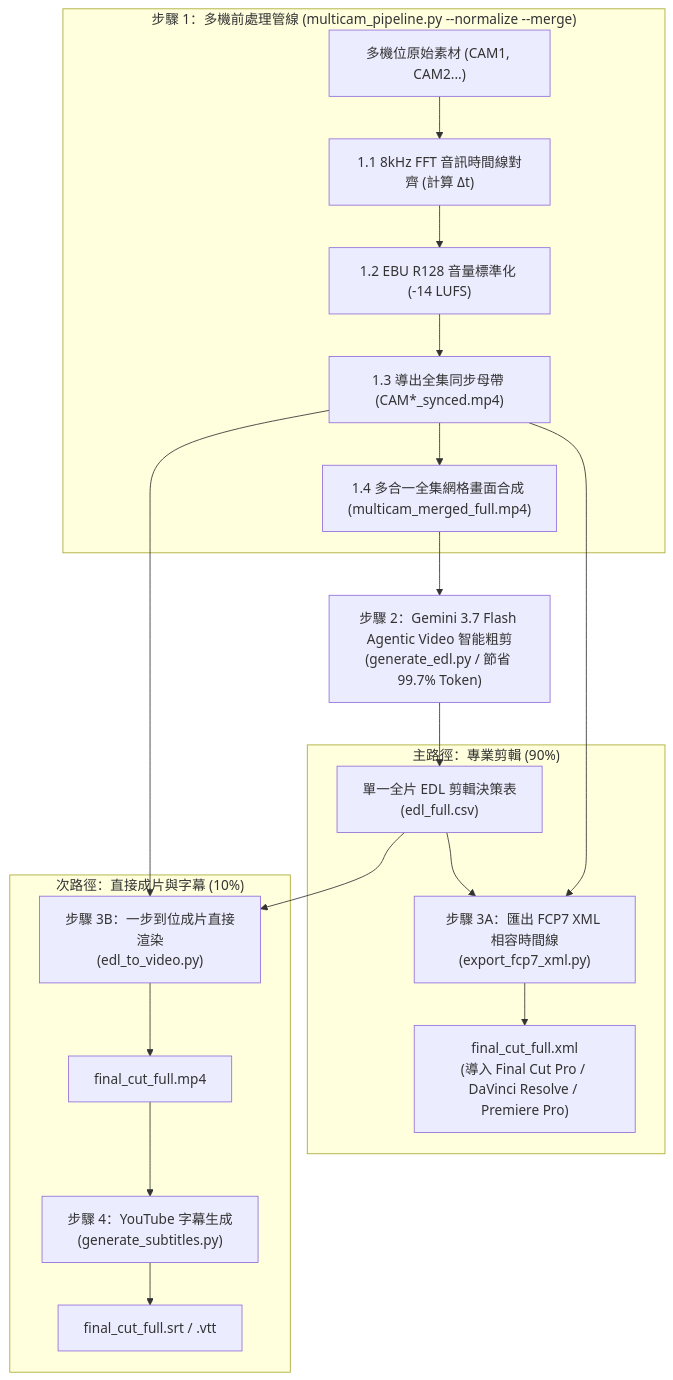
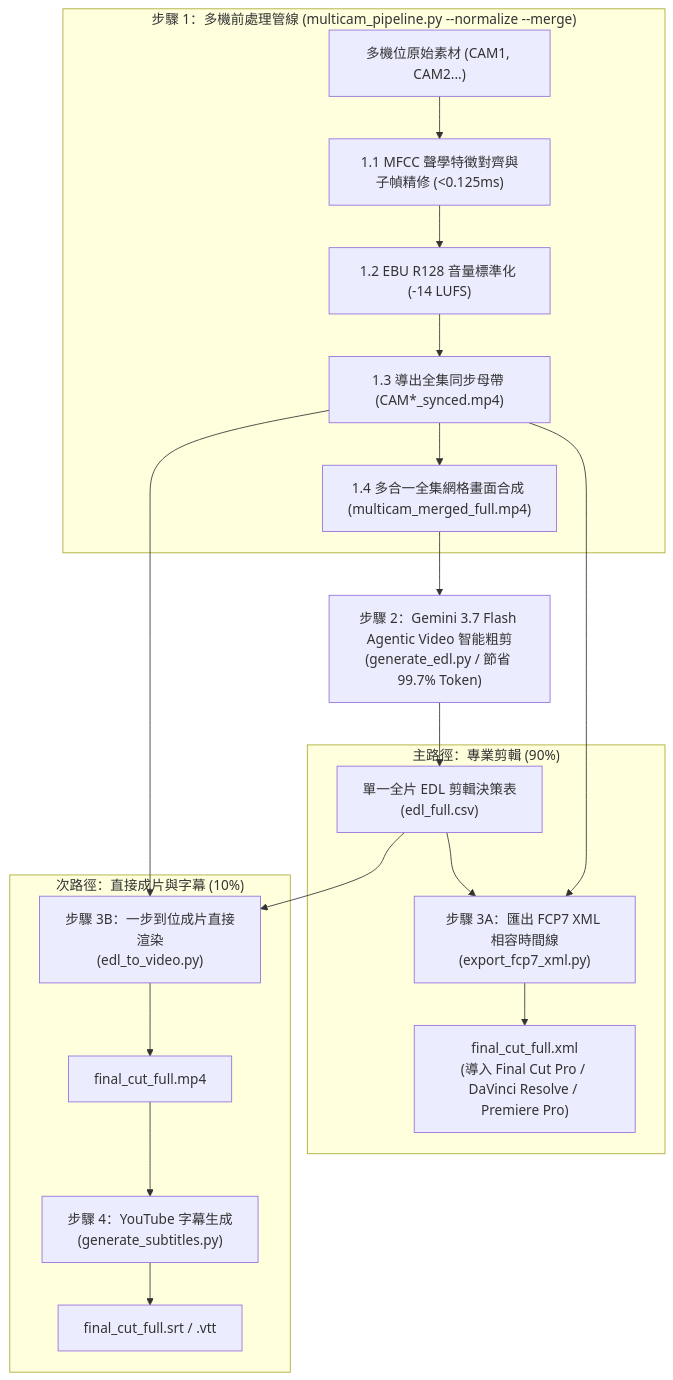
The diagram in README.zh-TW.md (sylphlin/multicam-video-preprocessing), drawn with Mermaid before and after one commit. The commit also changed other lines of this file and 5 other files, not shown here.

````diff
--- a/README.zh-TW.md
+++ b/README.zh-TW.md
@@ -54,26 +54,26 @@
 ```mermaid
 flowchart TD
     subgraph S1["步驟 1：多機前處理管線 (multicam_pipeline.py --normalize --merge)"]
-        A["多機位原始素材 (CAM1, CAM2...)"] --> S1_1["1.1 8kHz FFT 音訊時間線對齊 (計算 Δt)"]
+        A["多機位原始素材 (CAM1, CAM2...)"] --> S1_1["1.1 MFCC 聲學特徵對齊與子幀精修 (<0.125ms)"]
         S1_1 --> S1_2["1.2 EBU R128 音量標準化 (-14 LUFS)"]
         S1_2 --> S1_3["1.3 導出全集同步母帶 (CAM*_synced.mp4)"]
         S1_3 --> S1_4["1.4 多合一全集網格畫面合成 (multicam_merged_full.mp4)"]
     end
 
     S1_4 --> S2["步驟 2：Gemini 3.7 Flash Agentic Video 智能粗剪<br/>(generate_edl.py / 節省 99.7% Token)"]
     S2 --> EDL["單一全片 EDL 剪輯決策表<br/>(edl_full.csv)"]
 
     subgraph S3A["主路徑：專業剪輯 (90%)"]
         S1_3 --> S3A_ACT["步驟 3A：匯出 FCP7 XML 相容時間線<br/>(export_fcp7_xml.py)"]
         EDL --> S3A_ACT
         S3A_ACT --> XML["final_cut_full.xml<br/>(導入 Final Cut Pro / DaVinci Resolve / Premiere Pro)"]
     end
 
     subgraph S3B["次路徑：直接成片與字幕 (10%)"]
         S1_3 --> S3B_ACT["步驟 3B：一步到位成片直接渲染<br/>(edl_to_video.py)"]
         EDL --> S3B_ACT
         S3B_ACT --> MP4["final_cut_full.mp4"]
         MP4 --> S4["步驟 4：YouTube 字幕生成<br/>(generate_subtitles.py)"]
         S4 --> SRT["final_cut_full.srt / .vtt"]
     end
 ```
````
